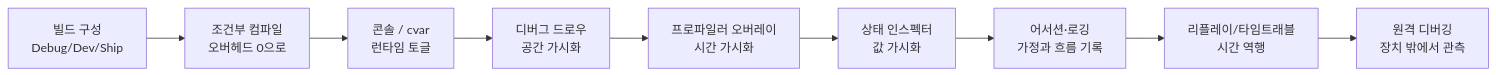
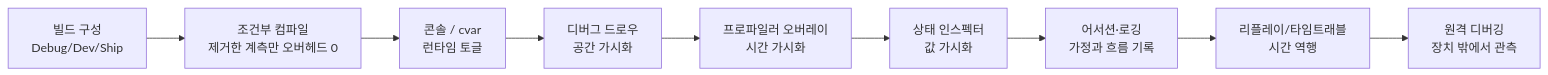
Before and after one commit to Rein-ArXiv/game-dev-curriculum: the first of 5 diagrams in tools/part04_debug.md, drawn with Mermaid. The commit also changed other lines of this file and 279 other files, not shown here.

````diff
--- a/tools/part04_debug.md
+++ b/tools/part04_debug.md
@@ -7,11 +7,11 @@
 ```mermaid
 flowchart LR
-    Build[빌드 구성<br/>Debug/Dev/Ship] --> Cond[조건부 컴파일<br/>오버헤드 0으로]
+    Build[빌드 구성<br/>Debug/Dev/Ship] -->     Cond[조건부 컴파일<br/>제거한 계측만 오버헤드 0]
     Cond --> Console[콘솔 / cvar<br/>런타임 토글]
     Console --> Draw[디버그 드로우<br/>공간 가시화]
     Draw --> Prof[프로파일러 오버레이<br/>시간 가시화]
     Prof --> Inspect[상태 인스펙터<br/>값 가시화]
     Inspect --> Assert[어서션·로깅<br/>가정과 흐름 기록]
     Assert --> Replay[리플레이/타임트래블<br/>시간 역행]
     Replay --> Remote[원격 디버깅<br/>장치 밖에서 관측]
 ```
````
